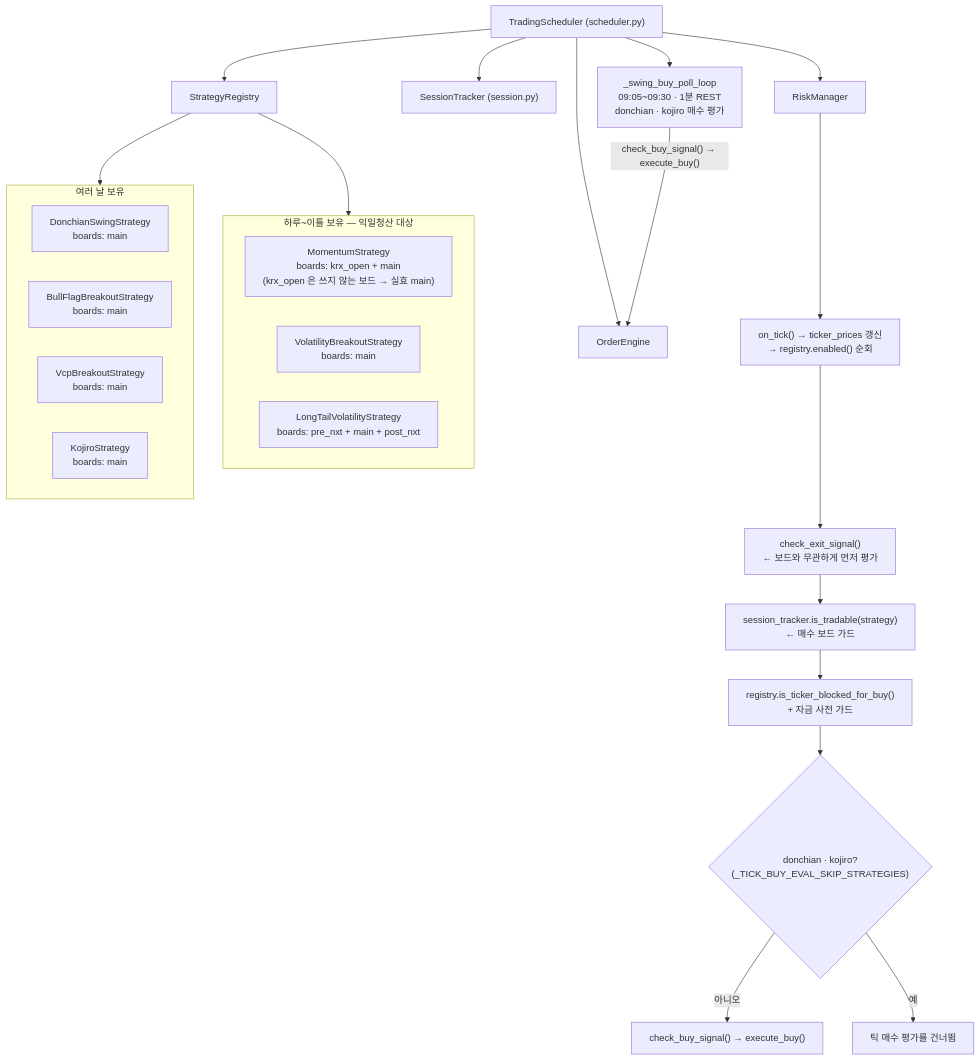
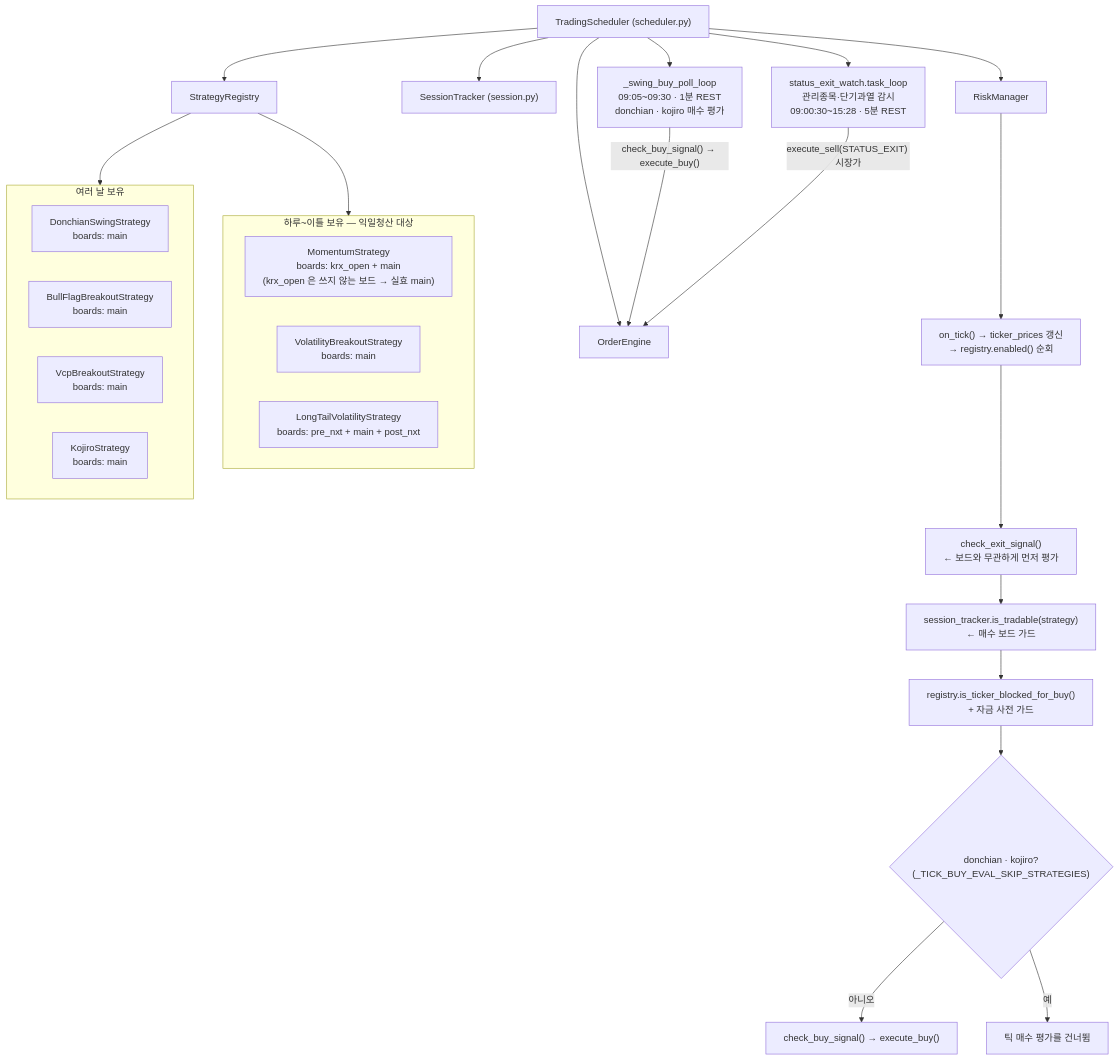
The fifth of 26 diagrams in docs/architecture.md (canduk910/auto_stock), drawn with Mermaid before and after one commit. The commit also changed other lines of this file and 55 other files, not shown here.

First line of the commit message:
feat: 관리종목·단기과열 지정 종목 보유 시 정규장 시장가 청산 + 지정 첫날부터 신규 매수 차단 (cycle369)

````diff
--- a/docs/architecture.md
+++ b/docs/architecture.md
@@ -212,39 +212,41 @@
 ```mermaid
 %%{init: {"flowchart": {"wrappingWidth": 360}}}%%
 flowchart TD
     TS["TradingScheduler (scheduler.py)"]
     REG["StrategyRegistry"]
     ST["SessionTracker (session.py)"]
     OE["OrderEngine"]
     RM["RiskManager"]
     TS --> REG
     TS --> ST
     TS --> OE
     TS --> RM
 
     subgraph SHORT["하루~이틀 보유 — 익일청산 대상"]
         direction LR
         MOM["MomentumStrategy<br/>boards: krx_open + main<br/>(krx_open 은 쓰지 않는 보드 → 실효 main)"]
         VB["VolatilityBreakoutStrategy<br/>boards: main"]
         LTV["LongTailVolatilityStrategy<br/>boards: pre_nxt + main + post_nxt"]
     end
     subgraph MULTI["여러 날 보유"]
         direction LR
         DON["DonchianSwingStrategy<br/>boards: main"]
         BFB["BullFlagBreakoutStrategy<br/>boards: main"]
         VCP["VcpBreakoutStrategy<br/>boards: main"]
         KJ["KojiroStrategy<br/>boards: main"]
     end
     REG --> SHORT
     REG --> MULTI
 
     RM --> R1["on_tick() → ticker_prices 갱신<br/>→ registry.enabled() 순회"]
     R1 --> R2["check_exit_signal()<br/>← 보드와 무관하게 먼저 평가"]
     R2 --> R3["session_tracker.is_tradable(strategy)<br/>← 매수 보드 가드"]
     R3 --> R4["registry.is_ticker_blocked_for_buy()<br/>+ 자금 사전 가드"]
     R4 --> R5{"donchian · kojiro?<br/>(_TICK_BUY_EVAL_SKIP_STRATEGIES)"}
     R5 -->|"아니오"| R6["check_buy_signal() → execute_buy()"]
     R5 -->|"예"| R7["틱 매수 평가를 건너뜀"]
     TS --> POLL["_swing_buy_poll_loop<br/>09:05~09:30 · 1분 REST<br/>donchian · kojiro 매수 평가"]
     POLL -->|"check_buy_signal() → execute_buy()"| OE
+    TS --> SEW["status_exit_watch.task_loop<br/>관리종목·단기과열 감시<br/>09:00:30~15:28 · 5분 REST"]
+    SEW -->|"execute_sell(STATUS_EXIT) 시장가"| OE
 ```
````
